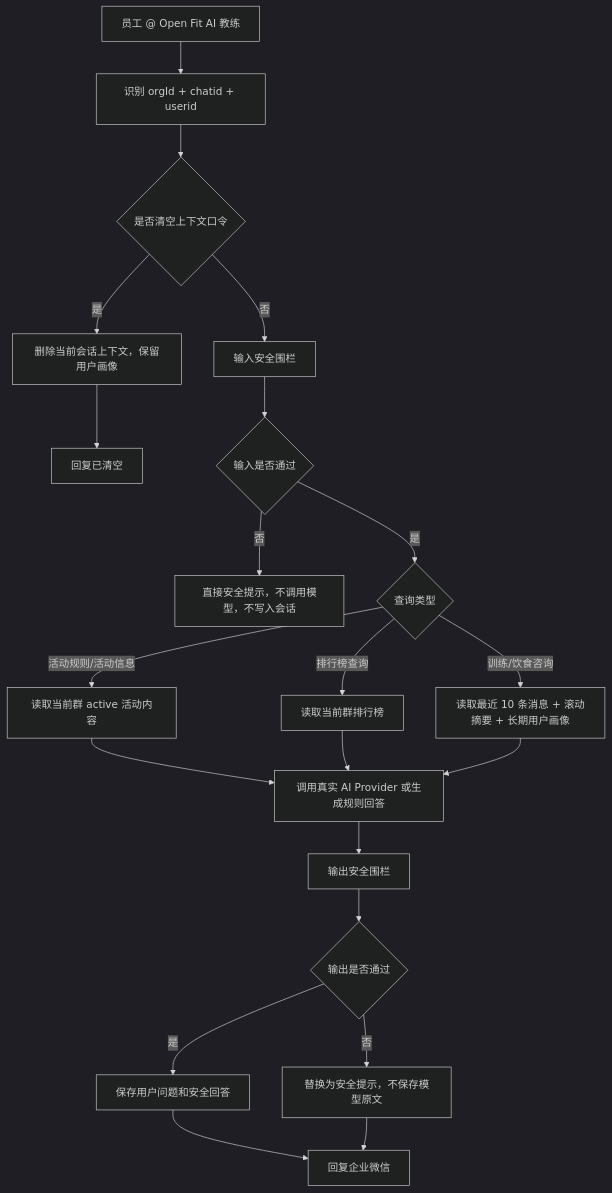
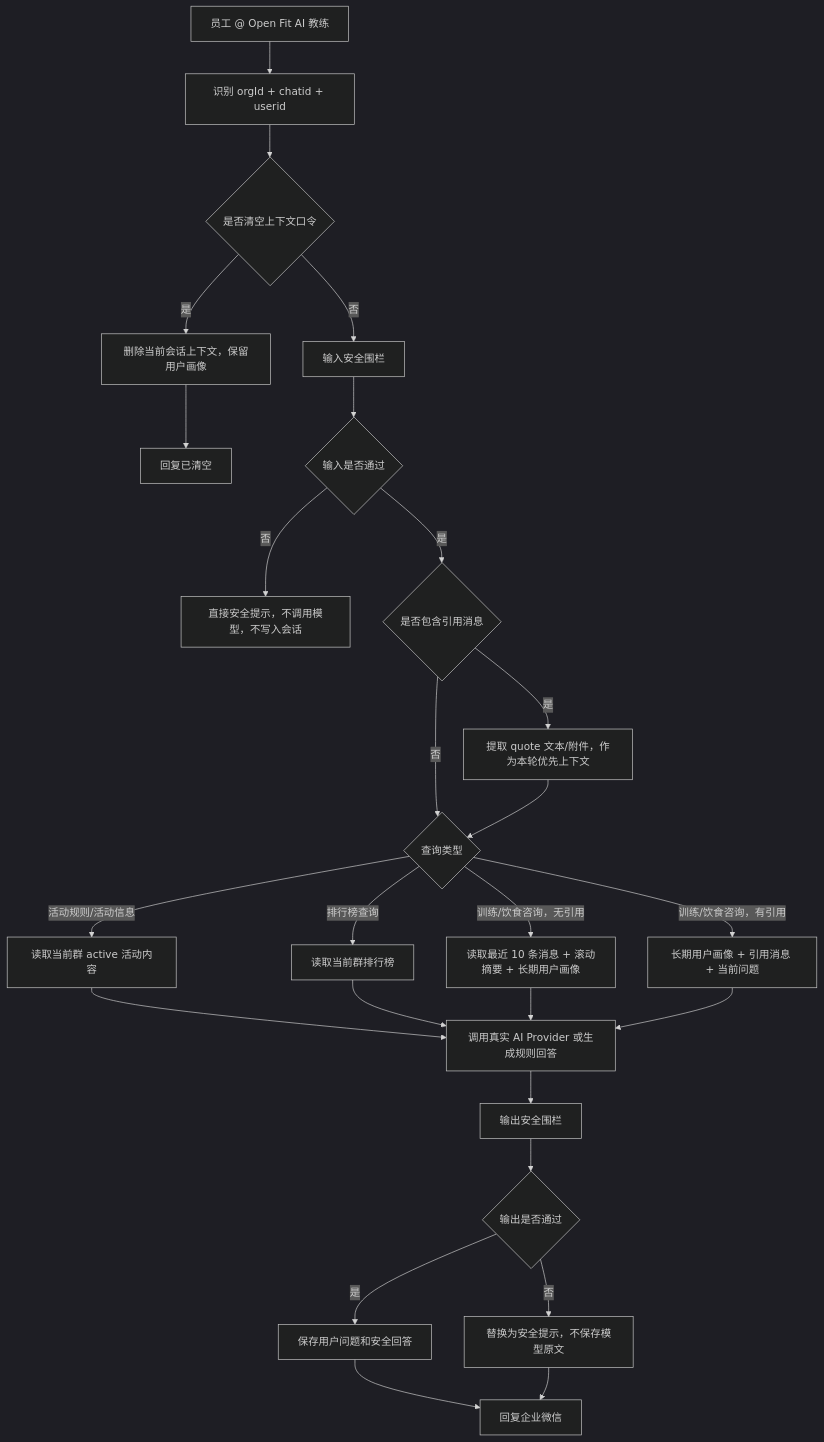
One commit to RossiLc/Project-AI-Fitness-Coach changed the fifth of 7 diagrams in docs/知识库/机器人架构与流程图.md. Above: the diagram before and after it, drawn with Mermaid (dark theme). The commit also changed other lines of this file and 10 other files, not shown here.

````diff
--- a/docs/知识库/机器人架构与流程图.md
+++ b/docs/知识库/机器人架构与流程图.md
@@ -120,27 +120,32 @@
 ```mermaid
 flowchart TD
   Start["员工 @ Open Fit AI 教练"] --> Identify["识别 orgId + chatid + userid"]
   Identify --> Clear{"是否清空上下文口令"}
   Clear -->|"是"| ClearCtx["删除当前会话上下文，保留用户画像"]
   ClearCtx --> ReplyClear["回复已清空"]
 
   Clear -->|"否"| InputGuard["输入安全围栏"]
   InputGuard --> InputAllowed{"输入是否通过"}
   InputAllowed -->|"否"| SafeReject["直接安全提示，不调用模型，不写入会话"]
-  InputAllowed -->|"是"| Intent{"查询类型"}
+  InputAllowed -->|"是"| Quote{"是否包含引用消息"}
+  Quote -->|"是"| QuoteContext["提取 quote 文本/附件，作为本轮优先上下文"]
+  Quote -->|"否"| Intent{"查询类型"}
+  QuoteContext --> Intent
 
   Intent -->|"活动规则/活动信息"| Activity["读取当前群 active 活动内容"]
   Intent -->|"排行榜查询"| Leaderboard["读取当前群排行榜"]
-  Intent -->|"训练/饮食咨询"| Context["读取最近 10 条消息 + 滚动摘要 + 长期用户画像"]
+  Intent -->|"训练/饮食咨询，无引用"| Context["读取最近 10 条消息 + 滚动摘要 + 长期用户画像"]
+  Intent -->|"训练/饮食咨询，有引用"| QuotePrompt["长期用户画像 + 引用消息 + 当前问题"]
 
   Activity --> Model["调用真实 AI Provider 或生成规则回答"]
   Leaderboard --> Model
   Context --> Model
+  QuotePrompt --> Model
 
   Model --> OutputGuard["输出安全围栏"]
   OutputGuard --> OutputAllowed{"输出是否通过"}
   OutputAllowed -->|"否"| Replace["替换为安全提示，不保存模型原文"]
   OutputAllowed -->|"是"| SaveCtx["保存用户问题和安全回答"]
   SaveCtx --> Reply["回复企业微信"]
   Replace --> Reply
 ```
````
